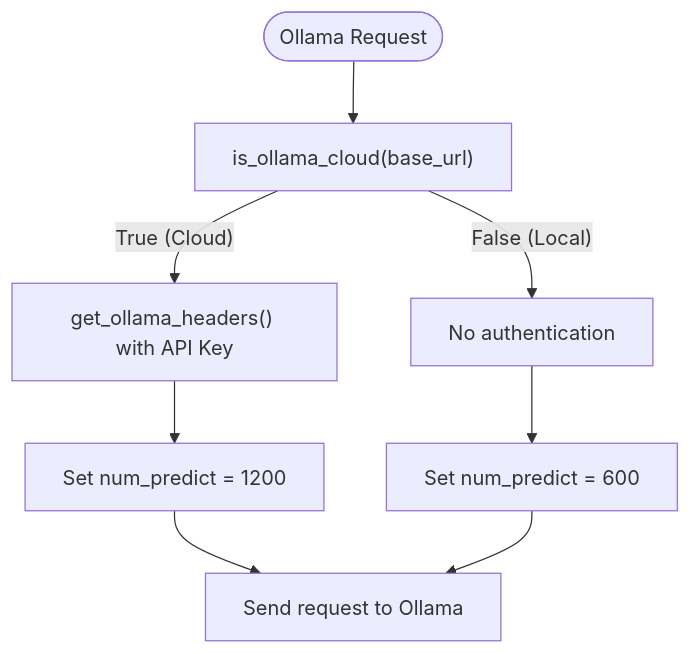
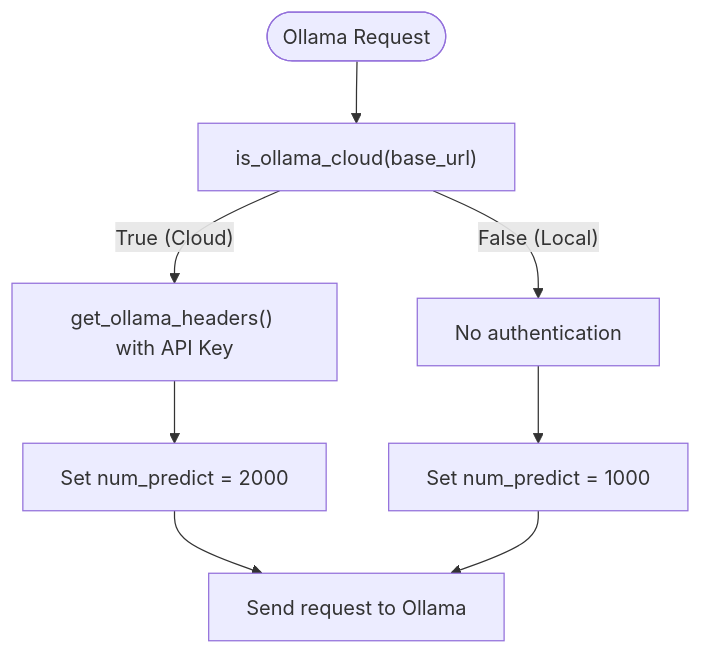
The ninth of 11 diagrams in .qoder/repowiki/en/content/Video Analysis/Transcript Generation.md (Revanththetalogics/aireume), drawn with Mermaid before and after one commit. The commit also changed other lines of this file and 20 other files, not shown here.

````diff
--- a/.qoder/repowiki/en/content/Video Analysis/Transcript Generation.md
+++ b/.qoder/repowiki/en/content/Video Analysis/Transcript Generation.md
@@ -341,10 +488,10 @@
 ```mermaid
 flowchart TD
 Start(["Ollama Request"]) --> Check["is_ollama_cloud(base_url)"]
 Check --> |"True (Cloud)"| CloudAuth["get_ollama_headers() with API Key"]
 Check --> |"False (Local)"| LocalAuth["No authentication"]
-CloudAuth --> Token["Set num_predict = 1200"]
-LocalAuth --> Token2["Set num_predict = 600"]
+CloudAuth --> Token["Set num_predict = 2000"]
+LocalAuth --> Token2["Set num_predict = 1000"]
 Token --> Request["Send request to Ollama"]
 Token2 --> Request
 ```
````
